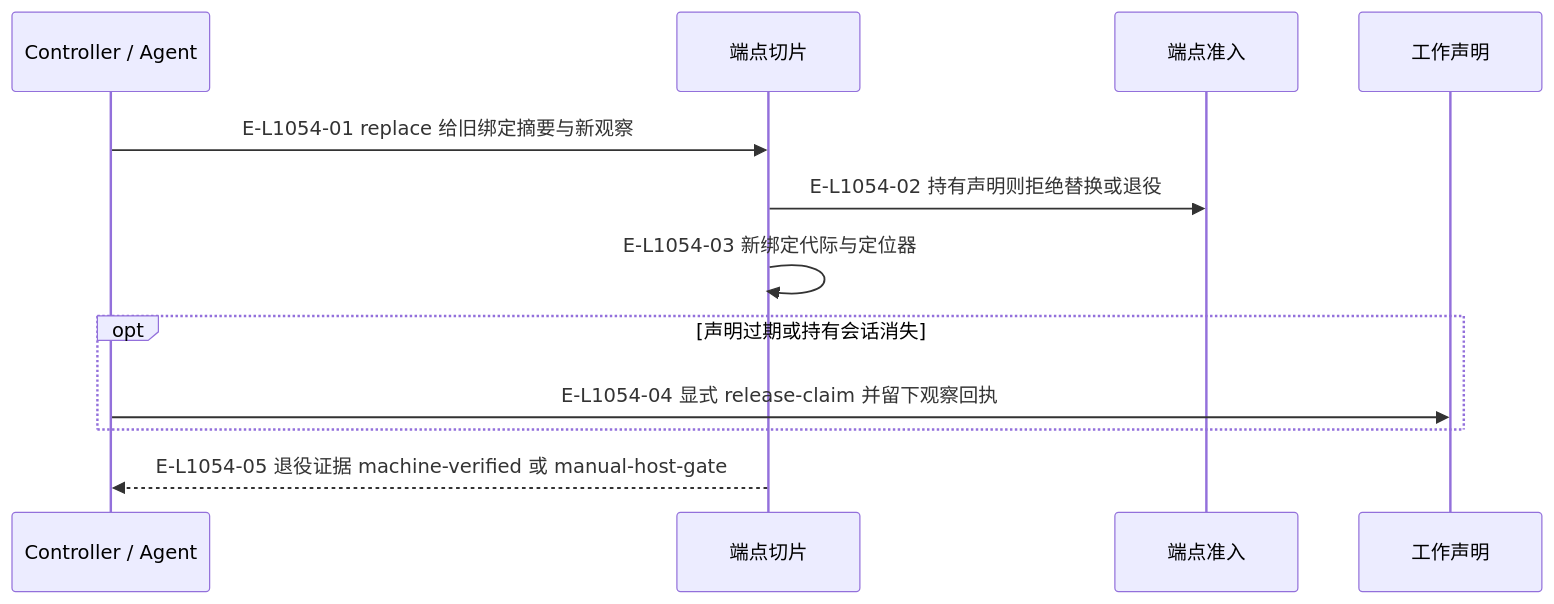
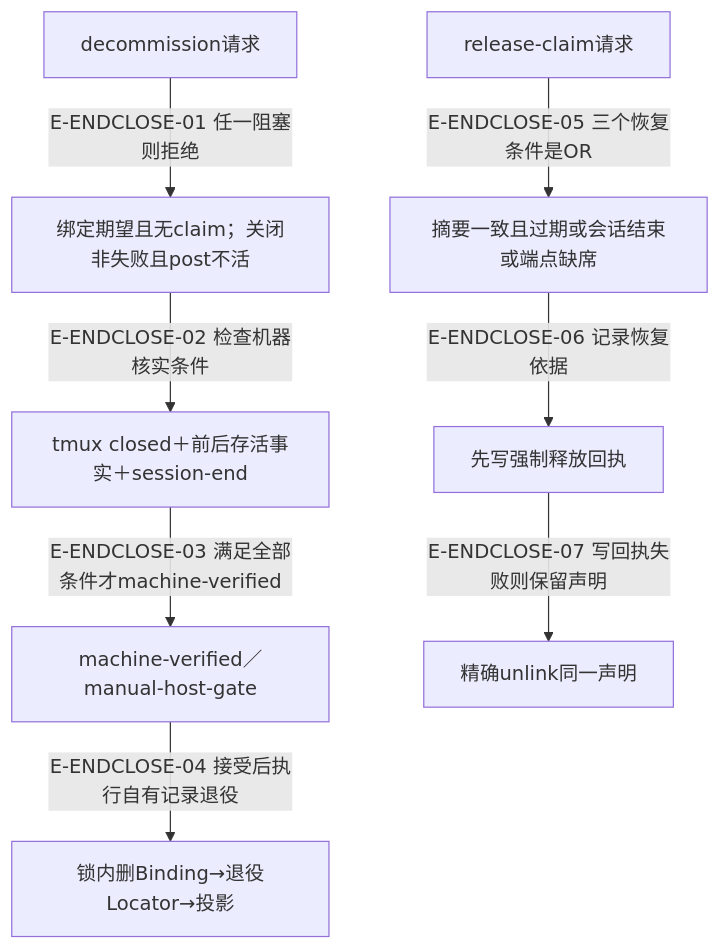
The second of 2 diagrams in wakeflow-architecture-atlas/maps/12-endpoint/runtime-call-flow.md (GxFn/Wakeflow), drawn with Mermaid before and after one commit. The commit also changed other lines of this file and 76 other files, not shown here.

First line of the commit message:
docs(atlas): refresh architecture maps for the rc.5 codebase

````diff
--- a/wakeflow-architecture-atlas/maps/12-endpoint/runtime-call-flow.md
+++ b/wakeflow-architecture-atlas/maps/12-endpoint/runtime-call-flow.md
@@ -113,16 +97,21 @@
 ```mermaid
-sequenceDiagram
-  accTitle: 替换、退役与声明恢复
-  accDescr: 替换、退役与声明恢复；箭头区分当前代码步骤、返回事实与明确的条件。
-  participant controller as Controller / Agent
-  participant slice as 端点切片
-  participant decide as 端点准入
-  participant claim as 工作声明
-  controller->>slice: E-L1054-01 replace 给旧绑定摘要与新观察
-  slice->>decide: E-L1054-02 持有声明则拒绝替换或退役
-  slice->>slice: E-L1054-03 新绑定代际与定位器
-  opt 声明过期或持有会话消失
-  controller->>claim: E-L1054-04 显式 release-claim 并留下观察回执
-  end
-  slice-->>controller: E-L1054-05 退役证据 machine-verified 或 manual-host-gate
+flowchart TB
+  accTitle: 关闭与工作声明释放分支
+  accDescr: 退役窗口和释放工作声明是独立操作，机器核实只在完整tmux证据时成立，回执先于声明删除。
+  a["decommission请求"]
+  b["绑定期望且无claim；关闭非失败且post不活"]
+  m["tmux closed＋前后存活事实＋session-end"]
+  h["machine-verified／manual-host-gate"]
+  d["锁内删Binding→退役Locator→投影"]
+  r["release-claim请求"]
+  c["摘要一致且过期或会话结束或端点缺席"]
+  p["先写强制释放回执"]
+  u["精确unlink同一声明"]
+  a -->|"E-ENDCLOSE-01 任一阻塞则拒绝"| b
+  b -->|"E-ENDCLOSE-02 检查机器核实条件"| m
+  m -->|"E-ENDCLOSE-03 满足全部条件才machine-verified"| h
+  h -->|"E-ENDCLOSE-04 接受后执行自有记录退役"| d
+  r -->|"E-ENDCLOSE-05 三个恢复条件是OR"| c
+  c -->|"E-ENDCLOSE-06 记录恢复依据"| p
+  p -->|"E-ENDCLOSE-07 写回执失败则保留声明"| u
 ```
````
